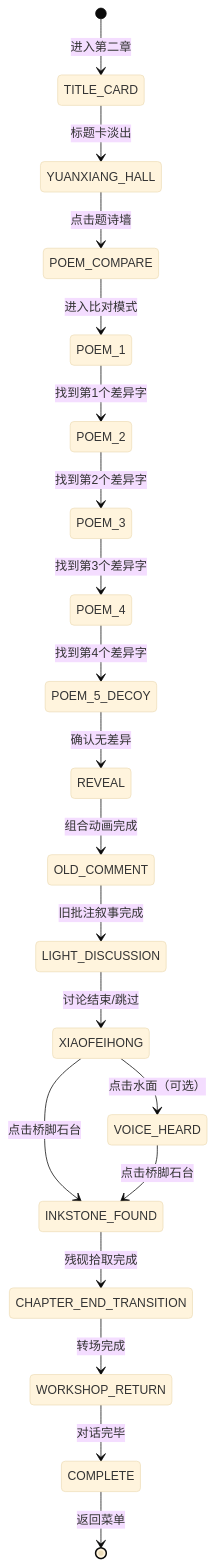
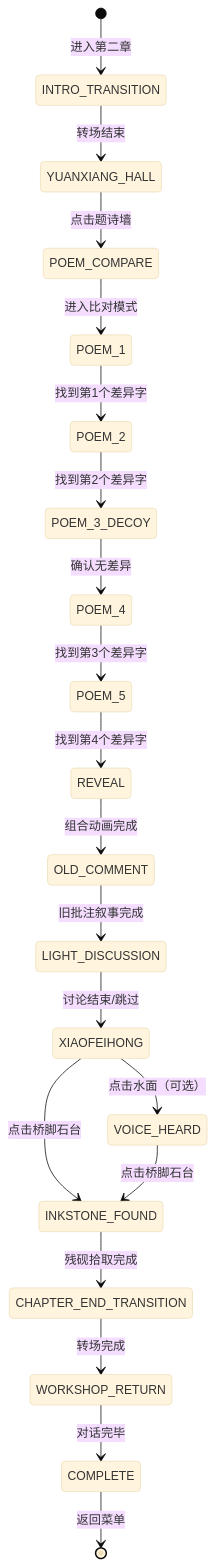
Before and after one commit to HanFei5526/The_31th_View: the diagram in 分章节实现文档/第二章_中园_玩法设计.md, drawn with Mermaid (base theme). The commit also changed other lines of this file and 67 other files, not shown here.

First line of the commit message:
docs: 全文档格式对齐与图片命名规范化

````diff
--- a/分章节实现文档/第二章_中园_玩法设计.md
+++ b/分章节实现文档/第二章_中园_玩法设计.md
@@ -398,22 +405,22 @@
 ```mermaid
 stateDiagram-v2
-    [*] --> TITLE_CARD: 进入第二章
-    TITLE_CARD --> YUANXIANG_HALL: 标题卡淡出
+    [*] --> INTRO_TRANSITION: 进入第二章
+    INTRO_TRANSITION --> YUANXIANG_HALL: 转场结束
     YUANXIANG_HALL --> POEM_COMPARE: 点击题诗墙
     POEM_COMPARE --> POEM_1: 进入比对模式
     POEM_1 --> POEM_2: 找到第1个差异字
-    POEM_2 --> POEM_3: 找到第2个差异字
-    POEM_3 --> POEM_4: 找到第3个差异字
-    POEM_4 --> POEM_5_DECOY: 找到第4个差异字
-    POEM_5_DECOY --> REVEAL: 确认无差异
+    POEM_2 --> POEM_3_DECOY: 找到第2个差异字
+    POEM_3_DECOY --> POEM_4: 确认无差异
+    POEM_4 --> POEM_5: 找到第3个差异字
+    POEM_5 --> REVEAL: 找到第4个差异字
     REVEAL --> OLD_COMMENT: 组合动画完成
     OLD_COMMENT --> LIGHT_DISCUSSION: 旧批注叙事完成
     LIGHT_DISCUSSION --> XIAOFEIHONG: 讨论结束/跳过
     XIAOFEIHONG --> VOICE_HEARD: 点击水面（可选）
     XIAOFEIHONG --> INKSTONE_FOUND: 点击桥脚石台
     VOICE_HEARD --> INKSTONE_FOUND: 点击桥脚石台
     INKSTONE_FOUND --> CHAPTER_END_TRANSITION: 残砚拾取完成
     CHAPTER_END_TRANSITION --> WORKSHOP_RETURN: 转场完成
     WORKSHOP_RETURN --> COMPLETE: 对话完毕
     COMPLETE --> [*]: 返回菜单
 ```
````
